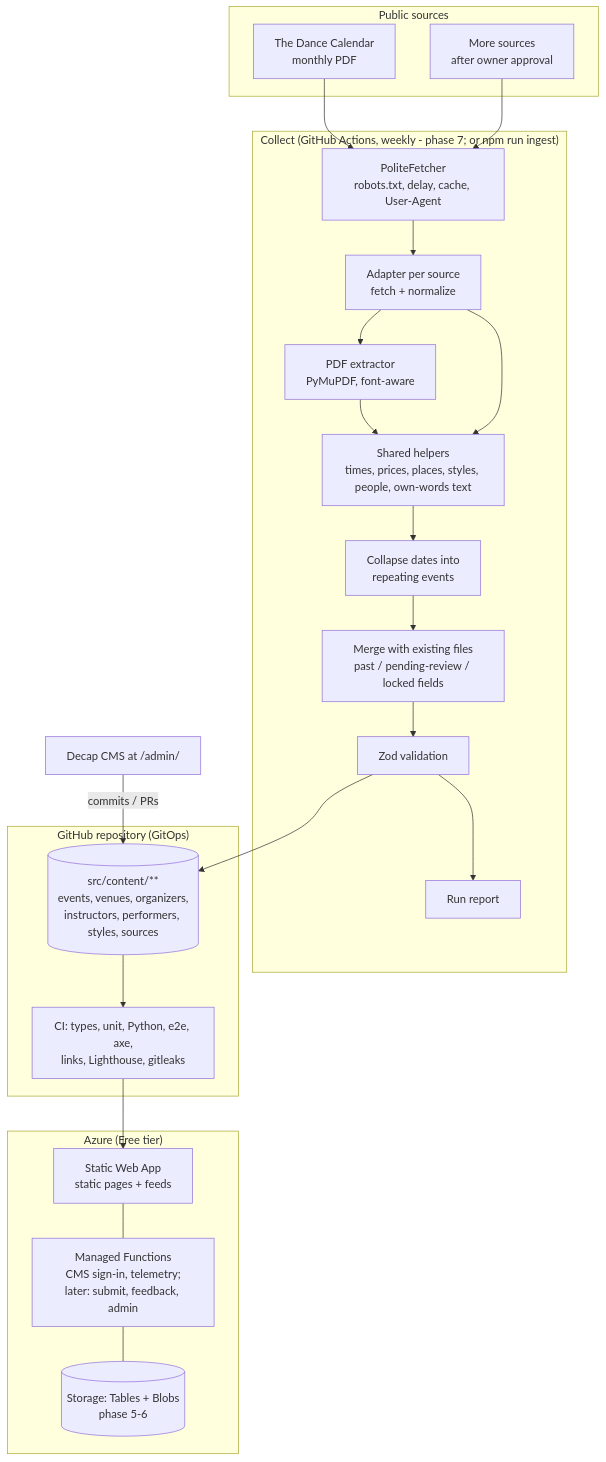
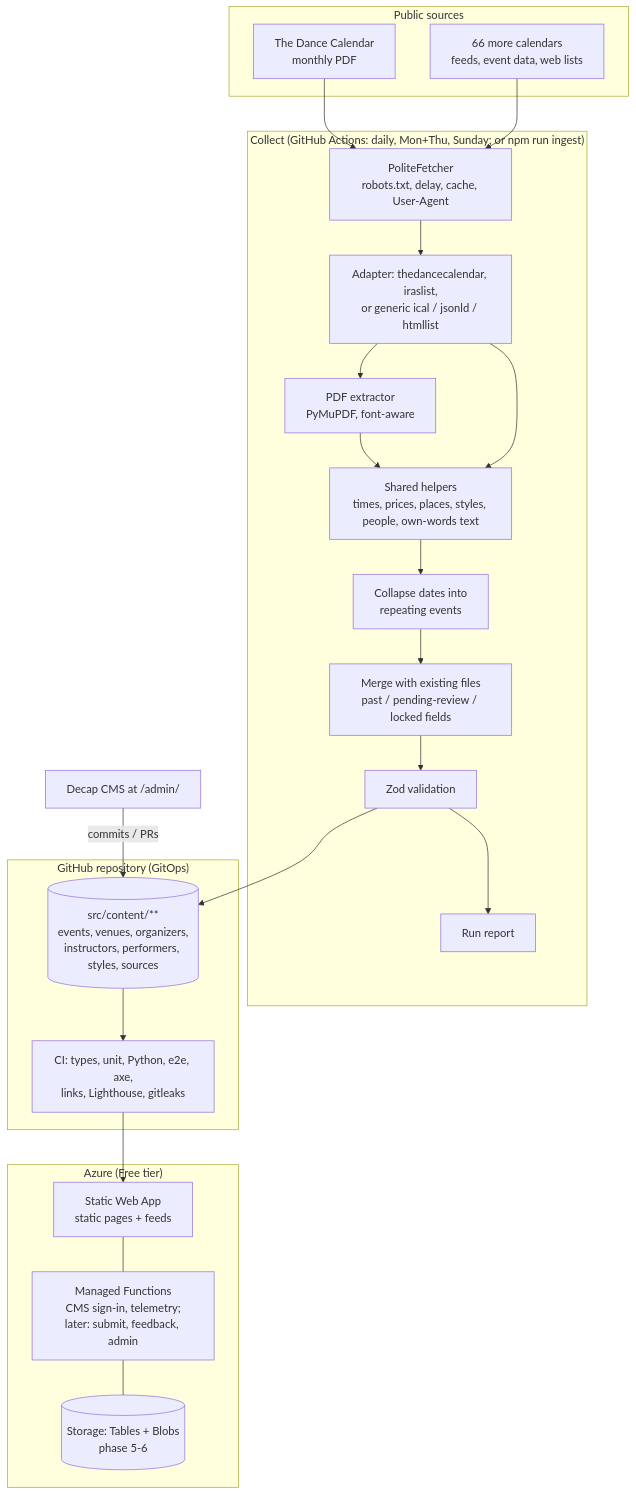
The first of 2 diagrams in docs/architecture.md (michaelsrichter/long-island-dance-events), drawn with Mermaid before and after one commit. The commit also changed other lines of this file and 159 other files, not shown here.

First line of the commit message:
Register all accepted sources and wire them to the generic adapters

````diff
--- a/docs/architecture.md
+++ b/docs/architecture.md
@@ -7,35 +7,35 @@
 ```mermaid
 flowchart TB
   subgraph Sources["Public sources"]
     S1[The Dance Calendar<br/>monthly PDF]
-    S2[More sources<br/>after owner approval]
+    S2[66 more calendars<br/>feeds, event data, web lists]
   end
-  subgraph Collect["Collect (GitHub Actions, weekly - phase 7; or npm run ingest)"]
+  subgraph Collect["Collect (GitHub Actions: daily, Mon+Thu, Sunday; or npm run ingest)"]
     F[PoliteFetcher<br/>robots.txt, delay, cache, User-Agent]
-    AD[Adapter per source<br/>fetch + normalize]
+    AD[Adapter: thedancecalendar, iraslist,<br/>or generic ical / jsonld / htmllist]
     PY[PDF extractor<br/>PyMuPDF, font-aware]
     N[Shared helpers<br/>times, prices, places, styles, people, own-words text]
     C[Collapse dates into<br/>repeating events]
     M[Merge with existing files<br/>past / pending-review / locked fields]
     V[Zod validation]
     R[Run report]
   end
   subgraph Repo["GitHub repository (GitOps)"]
     D[(src/content/**<br/>events, venues, organizers,<br/>instructors, performers, styles, sources)]
     CI[CI: types, unit, Python, e2e, axe,<br/>links, Lighthouse, gitleaks]
   end
   subgraph Azure["Azure (Free tier)"]
     SWA[Static Web App<br/>static pages + feeds]
     FN[Managed Functions<br/>CMS sign-in, telemetry;<br/>later: submit, feedback, admin]
     ST[(Storage: Tables + Blobs<br/>phase 5-6)]
   end
   S1 --> F
   S2 --> F
   F --> AD
   AD --> PY --> N
   AD --> N --> C --> M --> V --> D
   V --> R
   D --> CI --> SWA
   CMS[Decap CMS at /admin/] -->|commits / PRs| D
   SWA --- FN --- ST
 ```
````
